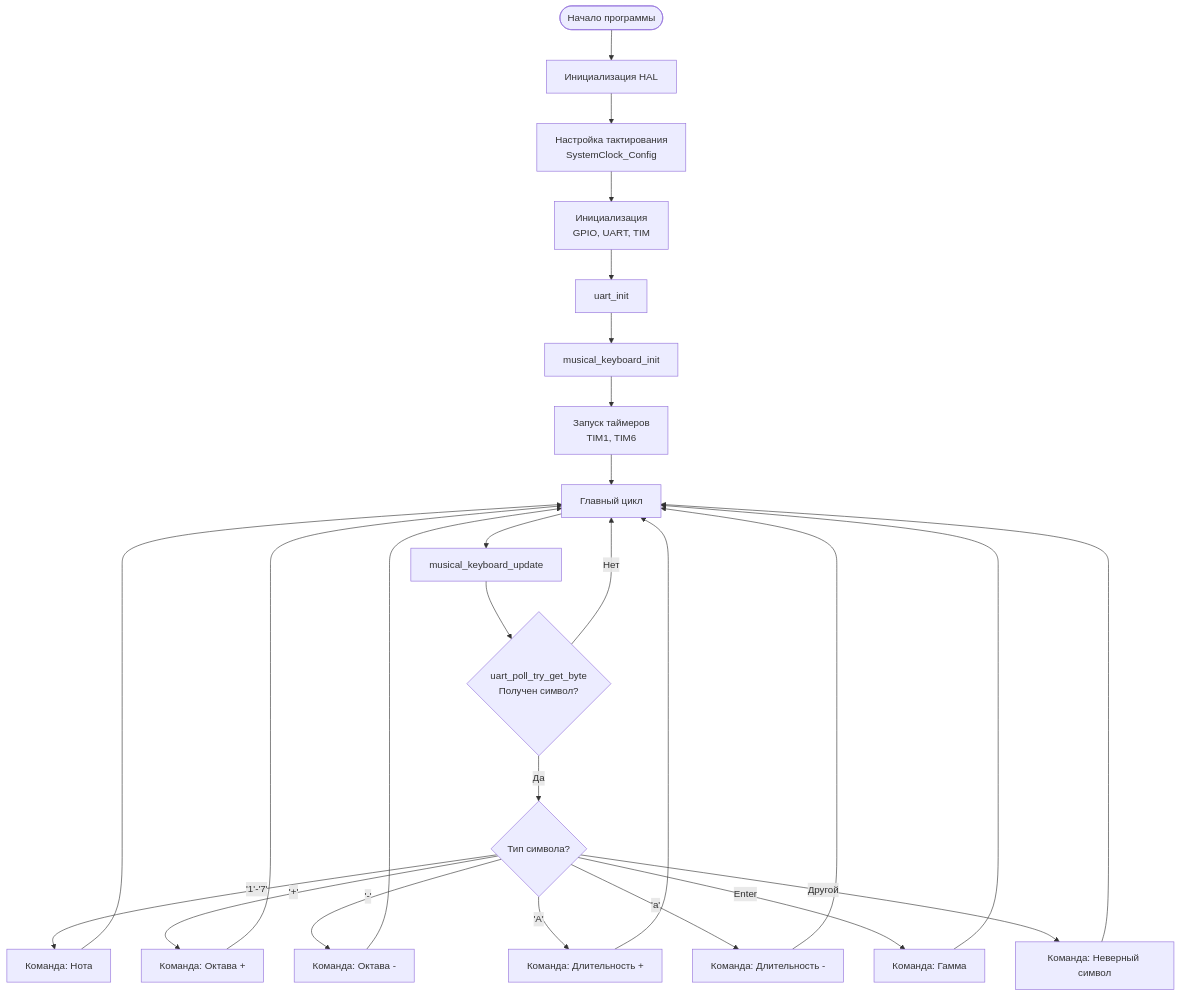
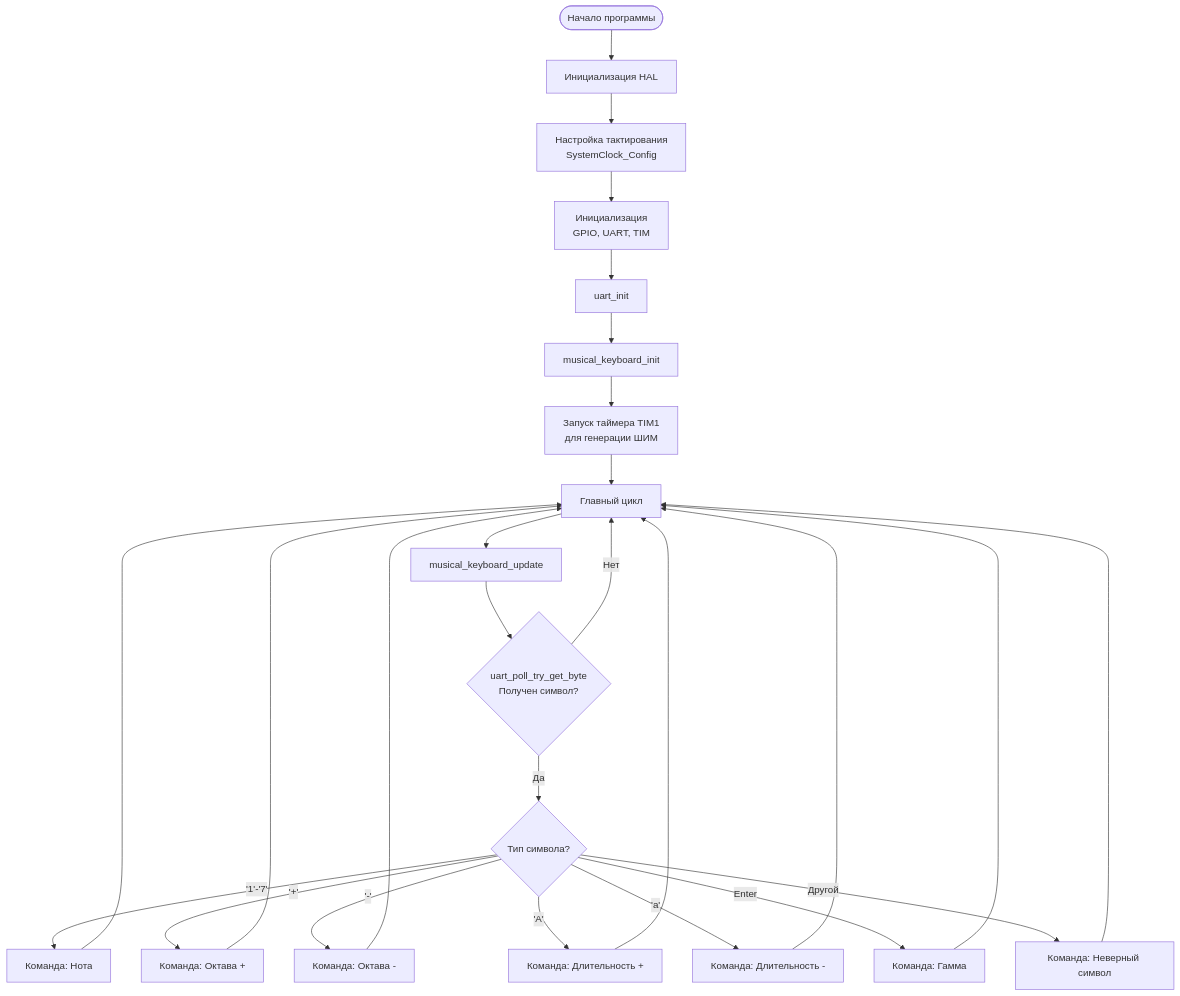
The second of 7 diagrams in README.md (butvinm-itmo/computing-lab3), drawn with Mermaid before and after one commit. The commit also changed other lines of this file, not shown here.

Commit message:
Remove TIM6 description

````diff
--- a/README.md
+++ b/README.md
@@ -151,32 +159,32 @@
 ```mermaid
 flowchart TD
     Start([Начало программы]) --> Init1[Инициализация HAL]
     Init1 --> Init2[Настройка тактирования<br/>SystemClock_Config]
     Init2 --> Init3[Инициализация<br/>GPIO, UART, TIM]
     Init3 --> Init4[uart_init]
     Init4 --> Init5[musical_keyboard_init]
-    Init5 --> Init6[Запуск таймеров<br/>TIM1, TIM6]
+    Init5 --> Init6[Запуск таймера TIM1<br/>для генерации ШИМ]
     Init6 --> Loop[Главный цикл]
 
     Loop --> UpdateKB[musical_keyboard_update]
     UpdateKB --> CheckUART{uart_poll_try_get_byte<br/>Получен символ?}
 
     CheckUART -->|Нет| Loop
     CheckUART -->|Да| Dispatch{Тип символа?}
 
     Dispatch -->|'1'-'7'| Note[Команда: Нота]
     Dispatch -->|'+'| OctUp[Команда: Октава +]
     Dispatch -->|'-'| OctDown[Команда: Октава -]
     Dispatch -->|'A'| DurUp[Команда: Длительность +]
     Dispatch -->|'a'| DurDown[Команда: Длительность -]
     Dispatch -->|Enter| Scale[Команда: Гамма]
     Dispatch -->|Другой| Invalid[Команда: Неверный символ]
 
     Note --> Loop
     OctUp --> Loop
     OctDown --> Loop
     DurUp --> Loop
     DurDown --> Loop
     Scale --> Loop
     Invalid --> Loop
 ```
````
